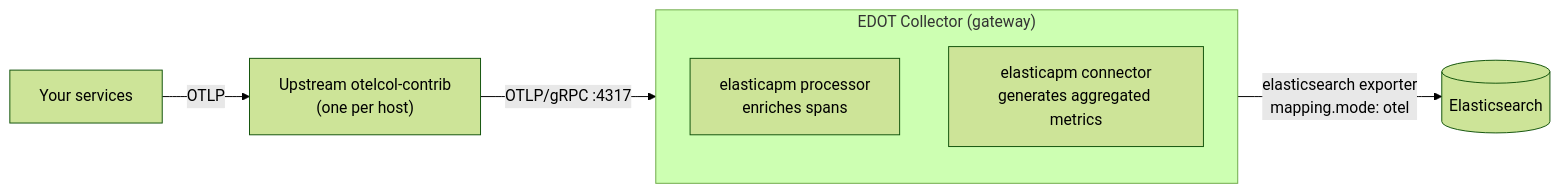
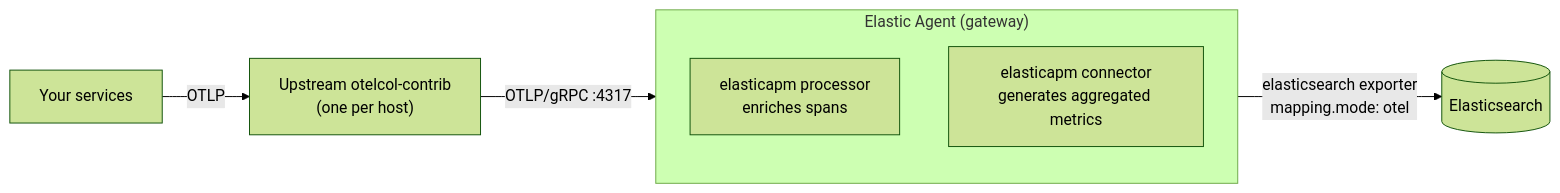
The diagram in solutions/observability/get-started/opentelemetry/use-cases/upstream-collector/index.md (elastic/docs-content), drawn with Mermaid (forest theme) before and after one commit.

Commit message:
docs: fix Mermaid diagram label in upstream-collector guide
Update the Mermaid flowchart subgraph label from "EDOT Collector (gateway)"
to "Elastic Agent (gateway)" to match the 9.5 product rebrand.

````diff
--- a/solutions/observability/get-started/opentelemetry/use-cases/upstream-collector/index.md
+++ b/solutions/observability/get-started/opentelemetry/use-cases/upstream-collector/index.md
@@ -29,12 +29,12 @@
 ```mermaid
 flowchart LR
     S["Your services"] -->|OTLP| U["Upstream otelcol-contrib<br/>(one per host)"]
     U -->|"OTLP/gRPC :4317"| G
 
-    subgraph G["EDOT Collector (gateway)"]
+    subgraph G["Elastic Agent (gateway)"]
         P["elasticapm processor<br/>enriches spans"]
         C["elasticapm connector<br/>generates aggregated metrics"]
     end
 
     G -->|"elasticsearch exporter<br/>mapping.mode: otel"| E[("Elasticsearch")]
 ```
````
